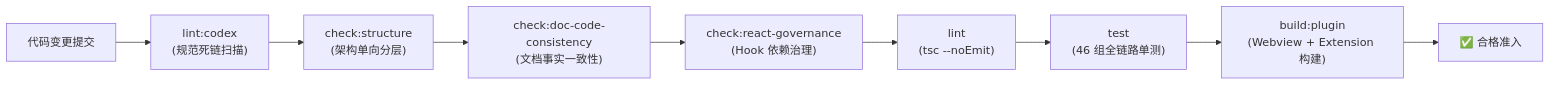
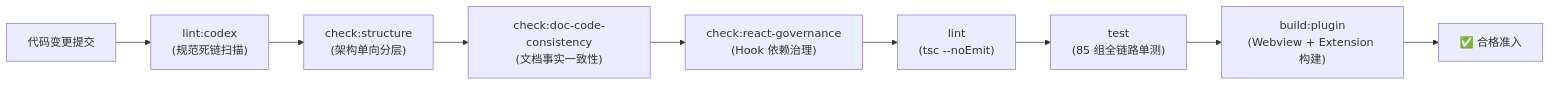
One commit to fsyyzz/OmniView-Open changed the sixth of 6 diagrams in docs/architecture.md. Above: the diagram before and after it, drawn with Mermaid. The commit also changed other lines of this file and 9 other files, not shown here.

````diff
--- a/docs/architecture.md
+++ b/docs/architecture.md
@@ -216,11 +217,11 @@
 ```mermaid
 flowchart LR
     Commit["代码变更提交"] --> G1["lint:codex<br/>(规范死链扫描)"]
     G1 --> G2["check:structure<br/>(架构单向分层)"]
     G2 --> G3["check:doc-code-consistency<br/>(文档事实一致性)"]
     G3 --> G4["check:react-governance<br/>(Hook 依赖治理)"]
     G4 --> G5["lint<br/>(tsc --noEmit)"]
-    G5 --> G6["test<br/>(46 组全链路单测)"]
+    G5 --> G6["test<br/>(85 组全链路单测)"]
     G6 --> G7["build:plugin<br/>(Webview + Extension 构建)"]
     G7 --> Pass["✅ 合格准入"]
 ```
````
